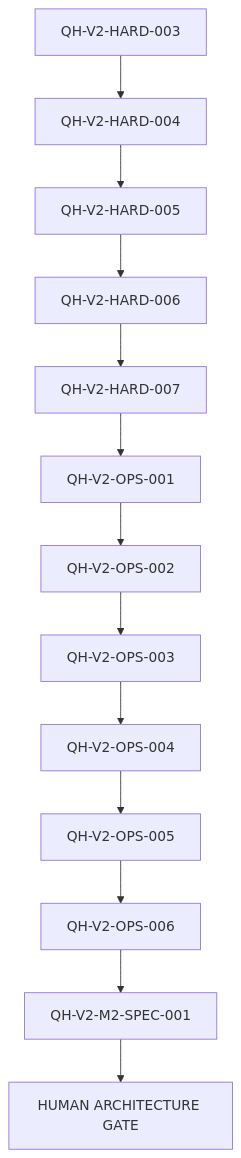
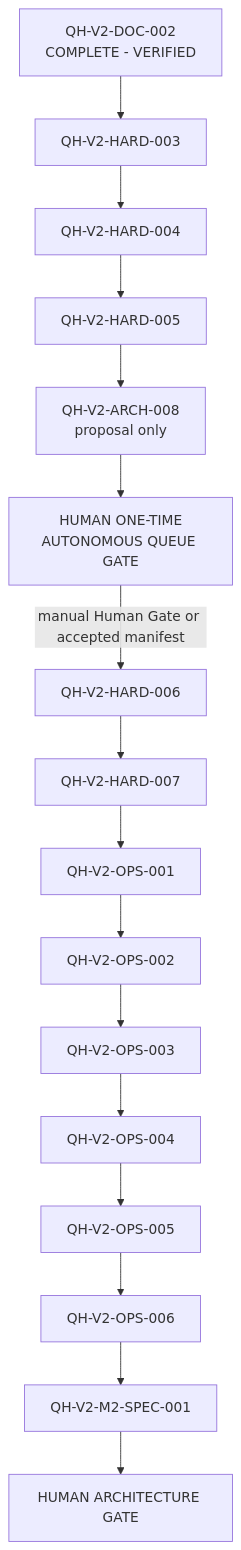
The diagram in BACKLOG.md (tmdgns104/qwen-harness-test), drawn with Mermaid before and after one commit. The commit also changed other lines of this file and 12 other files, not shown here.

````diff
--- a/BACKLOG.md
+++ b/BACKLOG.md
@@ -90,15 +129,18 @@
 ```mermaid
 flowchart TD
-    H003["QH-V2-HARD-003"] --> H004["QH-V2-HARD-004"]
+    D002["QH-V2-DOC-002<br/>COMPLETE - VERIFIED"] --> H003["QH-V2-HARD-003"]
+    H003 --> H004["QH-V2-HARD-004"]
     H004 --> H005["QH-V2-HARD-005"]
-    H005 --> H006["QH-V2-HARD-006"]
+    H005 --> A008["QH-V2-ARCH-008<br/>proposal only"]
+    A008 --> Gate1["HUMAN ONE-TIME<br/>AUTONOMOUS QUEUE GATE"]
+    Gate1 -->|"manual Human Gate or accepted manifest"| H006["QH-V2-HARD-006"]
     H006 --> H007["QH-V2-HARD-007"]
     H007 --> O001["QH-V2-OPS-001"]
     O001 --> O002["QH-V2-OPS-002"]
     O002 --> O003["QH-V2-OPS-003"]
     O003 --> O004["QH-V2-OPS-004"]
     O004 --> O005["QH-V2-OPS-005"]
     O005 --> O006["QH-V2-OPS-006"]
     O006 --> M2["QH-V2-M2-SPEC-001"]
     M2 --> Gate["HUMAN ARCHITECTURE GATE"]
 ```
````
